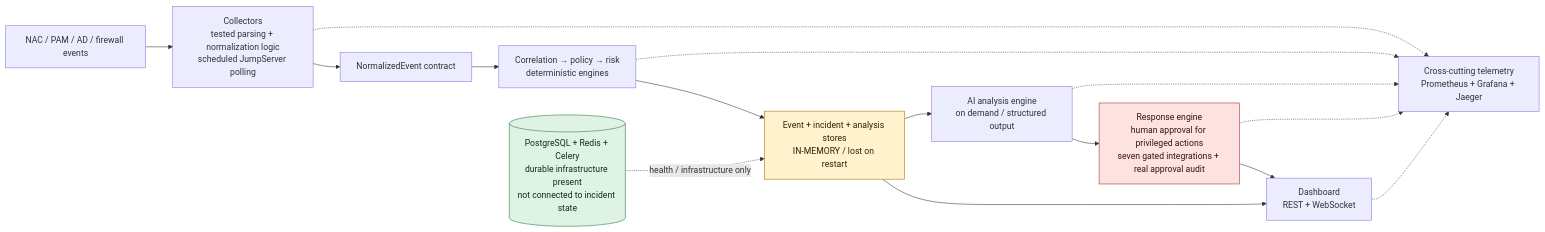
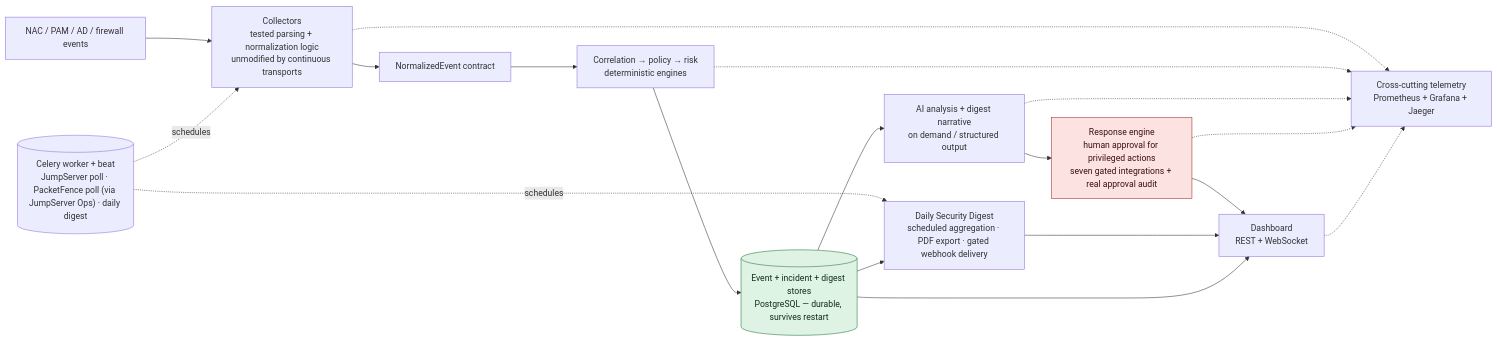
One commit to dnzgrkn/WardHound changed the diagram in README.md. Above: the diagram before and after it, drawn with Mermaid. The commit also changed other lines of this file, not shown here.

Commit message:
Refresh README: badges, continuous transports, digest, current ADR list

````diff
--- a/README.md
+++ b/README.md
@@ -13,30 +22,31 @@
 ```mermaid
 flowchart LR
     Sources["NAC / PAM / AD / firewall events"]
-    Collectors["Collectors<br/>tested parsing + normalization logic<br/>scheduled JumpServer polling"]
+    Scheduler[("Celery worker + beat<br/>JumpServer poll · PacketFence poll (via JumpServer Ops) · daily digest")]
+    Collectors["Collectors<br/>tested parsing + normalization logic<br/>unmodified by continuous transports"]
     Normalize["NormalizedEvent contract"]
     Engines["Correlation → policy → risk<br/>deterministic engines"]
-    Store["Event + incident + analysis stores<br/>IN-MEMORY / lost on restart"]
-    AI["AI analysis engine<br/>on demand / structured output"]
+    Store[("Event + incident + digest stores<br/>PostgreSQL — durable, survives restart")]
+    AI["AI analysis + digest narrative<br/>on demand / structured output"]
     Response["Response engine<br/>human approval for privileged actions<br/>seven gated integrations + real approval audit"]
+    Digest["Daily Security Digest<br/>scheduled aggregation · PDF export · gated webhook delivery"]
     Dashboard["Dashboard<br/>REST + WebSocket"]
-    Infra[("PostgreSQL + Redis + Celery<br/>durable infrastructure present<br/>not connected to incident state")]
     Telemetry["Cross-cutting telemetry<br/>Prometheus + Grafana + Jaeger"]
 
     Sources --> Collectors --> Normalize --> Engines --> Store
+    Scheduler -. "schedules" .-> Collectors
+    Scheduler -. "schedules" .-> Digest
     Store --> AI --> Response --> Dashboard
+    Store --> Digest --> Dashboard
     Store --> Dashboard
-    Infra -. "health / infrastructure only" .-> Store
     Collectors -.-> Telemetry
     Engines -.-> Telemetry
     AI -.-> Telemetry
     Response -.-> Telemetry
     Dashboard -.-> Telemetry
 
-    classDef memory fill:#fff3cd,stroke:#a66f00,color:#332200;
     classDef simulated fill:#fde2e2,stroke:#a12828,color:#3b1010;
     classDef durable fill:#dff3e4,stroke:#26733a,color:#102d18;
-    class Store memory;
+    class Store durable;
     class Response simulated;
-    class Infra durable;
 ```
````
